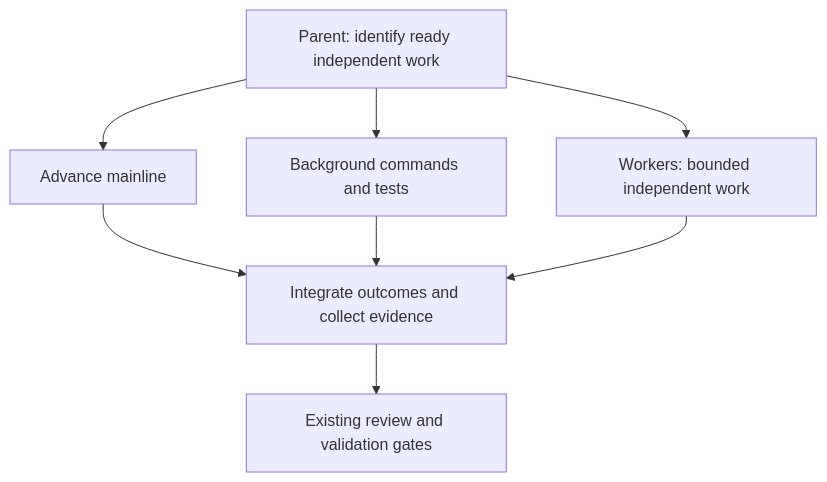
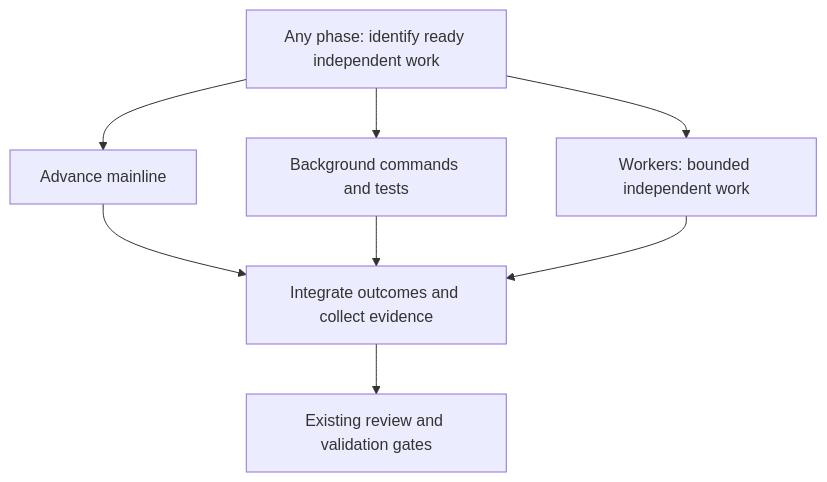
One commit to hhhhhusky777/spec-driven-delivery-playbook changed the tenth of 16 diagrams in README.md. Above: the diagram before and after it, drawn with Mermaid. The commit also changed other lines of this file and 8 other files, not shown here.

````diff
--- a/README.md
+++ b/README.md
@@ -497,10 +502,10 @@
 ```mermaid
 flowchart TD
-    P["Parent: identify ready independent work"] --> M["Advance mainline"]
+    P["Any phase: identify ready independent work"] --> M["Advance mainline"]
     P --> B["Background commands and tests"]
     P --> W["Workers: bounded independent work"]
     M --> I["Integrate outcomes and collect evidence"]
     B --> I
     W --> I
     I --> G["Existing review and validation gates"]
 ```
````
